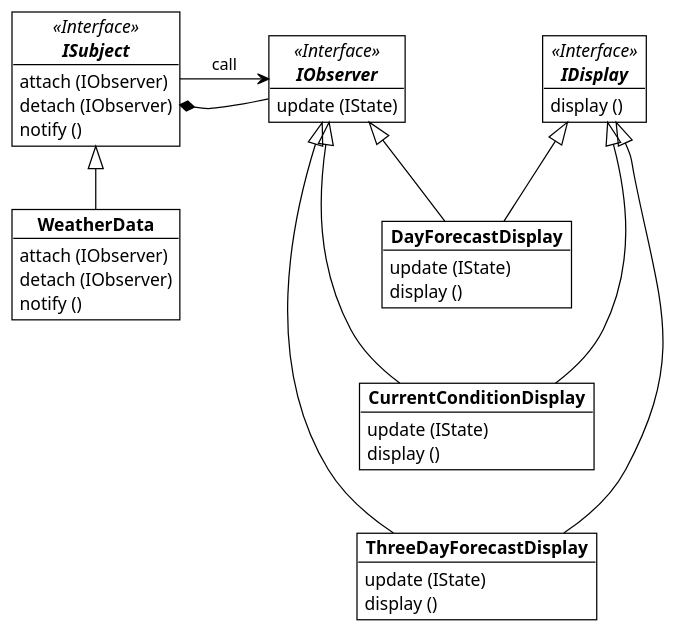
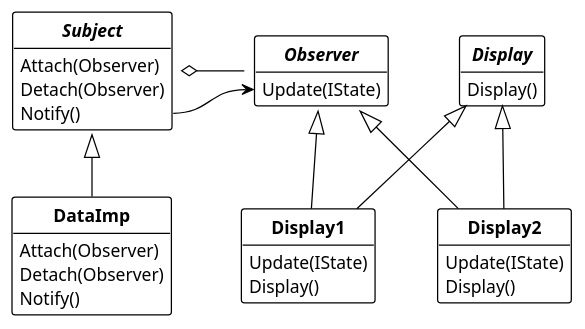
One commit to dst80/design-patterns changed the first of 2 diagrams in behavioral_pattern/observer/observer.md. Above: the diagram before and after it, drawn with PlantUML. The commit also changed other lines of this file and 10 other files, not shown here.

````diff
--- a/behavioral_pattern/observer/observer.md
+++ b/behavioral_pattern/observer/observer.md
@@ -13,52 +13,49 @@
 ```plantuml
 @startuml push_observer
 !theme plain
 skinparam nodesep 50
 skinparam ranksep 50
+hide circle
+hide fields
+
 together {
-    object "//<<Interface>>//\n**//ISubject//**" as ISubject {
-        attach (IObserver) 
-        detach (IObserver)
-        notify ()
+    abstract "**Subject**" as Subject {
+        Attach(Observer) 
+        Detach(Observer)
+        Notify()
     }
-    object "**WeatherData**" as WeatherData {
-        attach (IObserver)
-        detach (IObserver)
-        notify ()
+    class "**DataImp**" as DataImp {
+        Attach(Observer)
+        Detach(Observer)
+        Notify()
     }
 }
 
 together {
-    object "//<<Interface>>//\n**//IObserver//**" as IObserver {
-        update (IState)
+    abstract "**Observer**" as Observer {
+        Update(IState)
     }
-    object "//<<Interface>>//\n**//IDisplay//**" as IDisplay {
-        display ()
+    abstract "**Display**" as Display {
+        Display()
     }
-    object "**CurrentConditionDisplay**" as CurrentConditionDisplay {
-        update (IState)
-        display ()
+    class "**Display1**" as Display1 {
+        Update(IState)
+        Display()
     }
-    object "**DayForecastDisplay**" as DayForecastDisplay {
-        update (IState)
-        display ()
+    class "**Display2**" as Display2 {
+        Update(IState)
+        Display()
     }
-    object "**ThreeDayForecastDisplay**" as ThreeDayForecastDisplay {
-        update (IState)
-        display ()
-    }
+    Display <|-- Display1
+    Display <|-- Display2
+    Observer <|-- Display1
+    Observer <|-- Display2
 }
 
-ISubject *- IObserver : ""
-ISubject -> IObserver : call
-ISubject <|-- WeatherData
-IObserver -[hidden] IDisplay
-IDisplay <|-- DayForecastDisplay
-IObserver <|-- DayForecastDisplay
-IDisplay <|--- CurrentConditionDisplay
-IObserver <|--- CurrentConditionDisplay
-IObserver <|---- ThreeDayForecastDisplay
-IDisplay <|---- ThreeDayForecastDisplay
+Subject o- Observer 
+Subject::Notify -> Observer::Update
+Subject <|-- DataImp
+Observer -[hidden] Display
 
 @enduml
 ```
````
